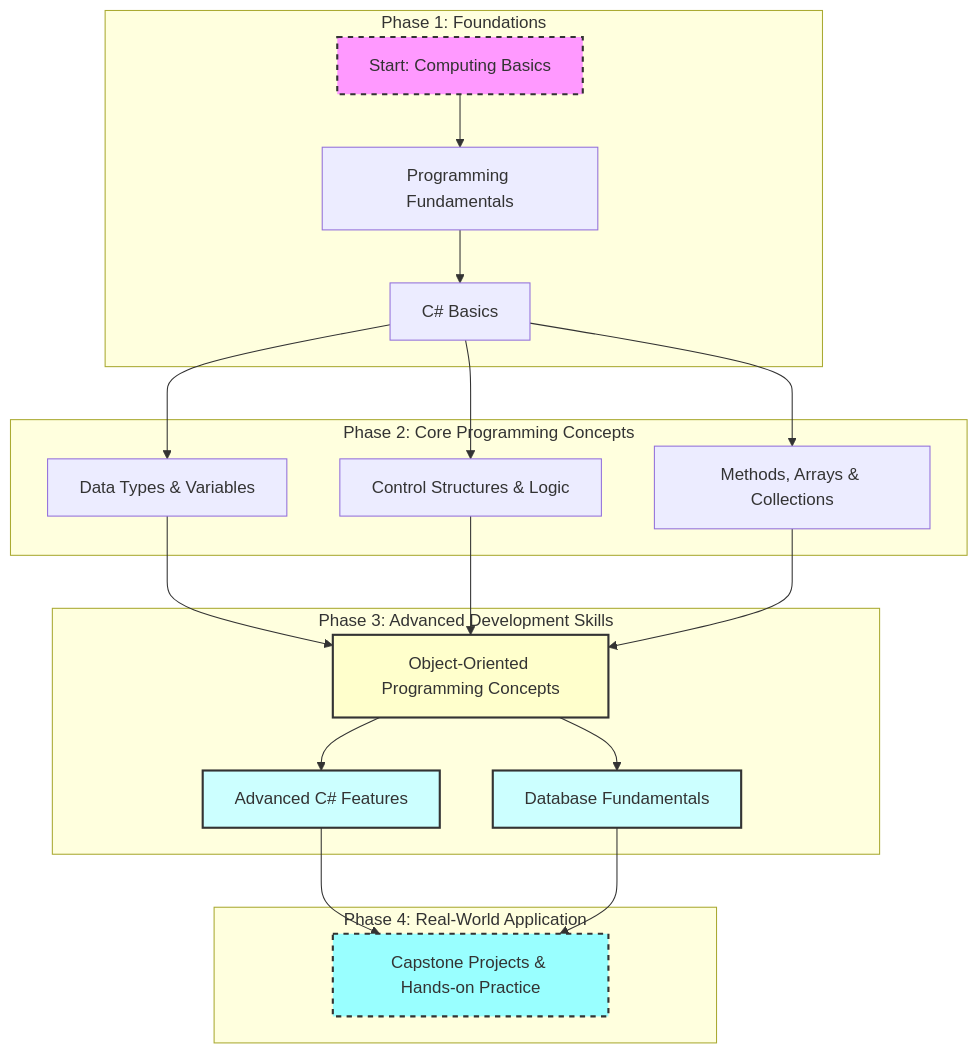
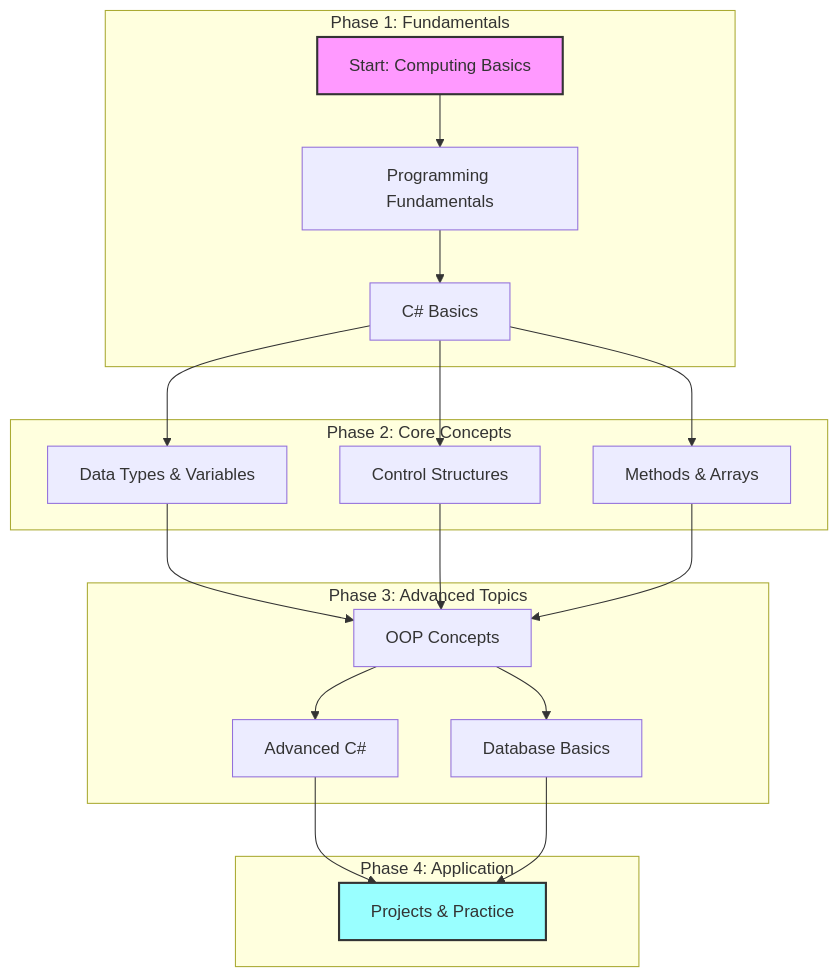
Before and after one commit to parvizrovshanaliyev/CSharp04: the diagram in README.md, drawn with Mermaid. The commit also changed other lines of this file, not shown here.

````diff
--- a/README.md
+++ b/README.md
@@ -60,48 +62,44 @@
 ```mermaid
 graph TD
     A[Start: Computing Basics] --> B[Programming Fundamentals]
     B --> C[C# Basics]
     
     C --> D[Data Types & Variables]
-    C --> E[Control Structures & Logic]
-    C --> F[Methods, Arrays & Collections]
+    C --> E[Control Structures]
+    C --> F[Methods & Arrays]
     
-    D --> G[Object-Oriented Programming Concepts]
+    D --> G[OOP Concepts]
     E --> G
     F --> G
     
-    G --> H[Advanced C# Features]
-    G --> I[Database Fundamentals]
+    G --> H[Advanced C#]
+    G --> I[Database Basics]
     
-    H --> J[Capstone Projects & Hands-on Practice]
+    H --> J[Projects & Practice]
     I --> J
     
-    subgraph "Phase 1: Foundations"
+    subgraph "Phase 1: Fundamentals"
         A
         B
         C
     end
     
-    subgraph "Phase 2: Core Programming Concepts"
+    subgraph "Phase 2: Core Concepts"
         D
         E
         F
     end
     
-    subgraph "Phase 3: Advanced Development Skills"
+    subgraph "Phase 3: Advanced Topics"
         G
         H
         I
     end
     
-    subgraph "Phase 4: Real-World Application"
+    subgraph "Phase 4: Application"
         J
     end
 
-    style A fill:#f9f,stroke:#333,stroke-width:2px,stroke-dasharray: 5
-    style J fill:#9ff,stroke:#333,stroke-width:2px,stroke-dasharray: 5
-    style G fill:#ffc,stroke:#333,stroke-width:2px
-    style H fill:#cff,stroke:#333,stroke-width:2px
-    style I fill:#cff,stroke:#333,stroke-width:2px
-
+    style A fill:#f9f,stroke:#333,stroke-width:2px
+    style J fill:#9ff,stroke:#333,stroke-width:2px
 ```
````
